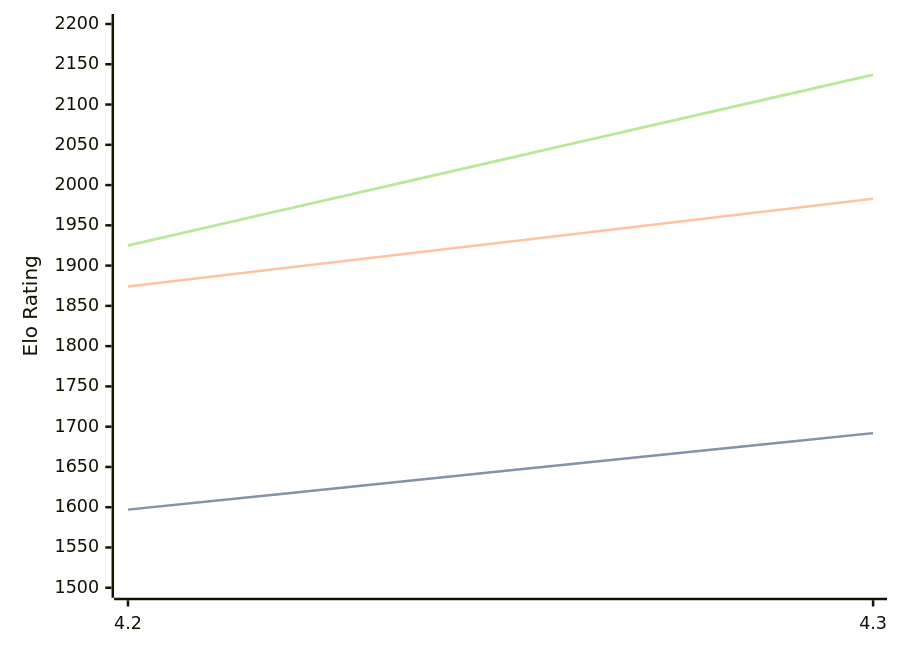
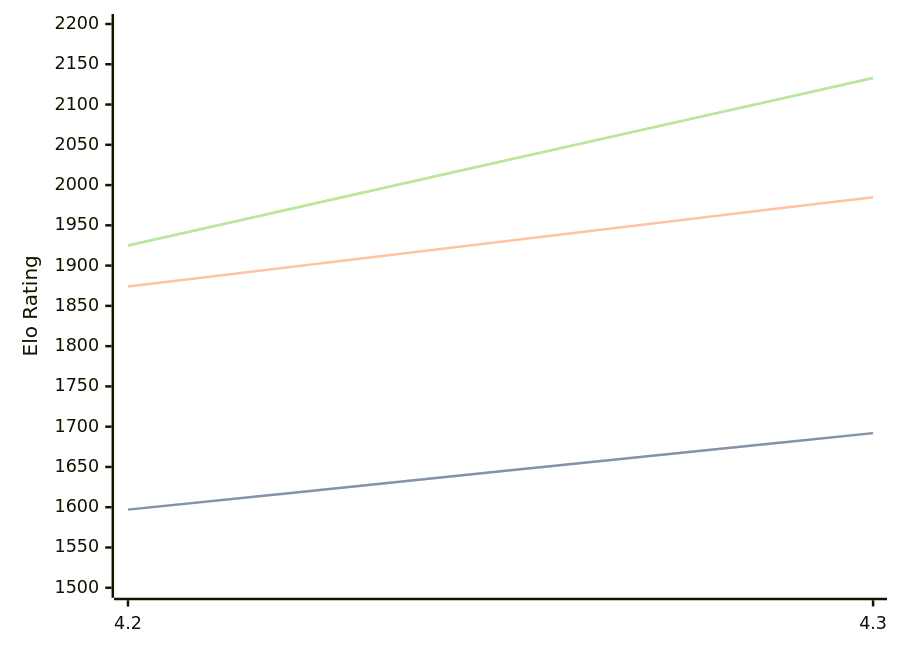
Before and after one commit to computer-chess-index/cci: the diagram in engines/Radiance.md, drawn with Mermaid. The commit also changed other lines of this file, not shown here.

Commit message:
Update CCI Ratings (ELO VLTC) - 2026-04-24

````diff
--- a/engines/Radiance.md
+++ b/engines/Radiance.md
@@ -35,11 +36,11 @@
 ```mermaid
 %%{init: {"theme":"base","themeVariables":{"seriesColors:['#a3a3a3','#222221','#faa371']}}}%%
 xychart-beta
   x-axis ["4.2", "4.3"]
   y-axis "Elo Rating" 1500 --> 2200
   line "STC (8.0+0.08s)" [1597, 1692]
   line "STC (8.0+0.08s)" [1597, 1692]
-  line "LTC (60.0+0.60s)" [1874, 1983]
-  line "VLTC (2m24s+1.12s)" [1925, 2137]
-  line "VLTC (2m24s+1.12s)" [1925, 2137]
+  line "LTC (60.0+0.60s)" [1874, 1985]
+  line "VLTC (2m24s+1.12s)" [1925, 2133]
+  line "VLTC (2m24s+1.12s)" [1925, 2133]
 ```
````
